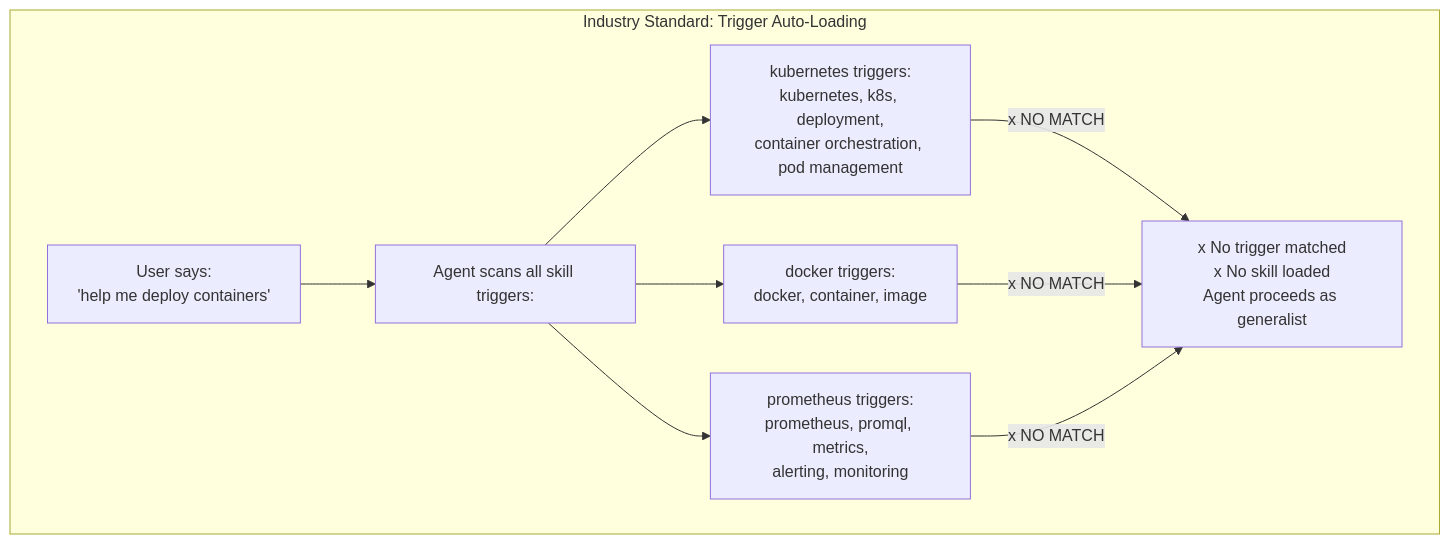
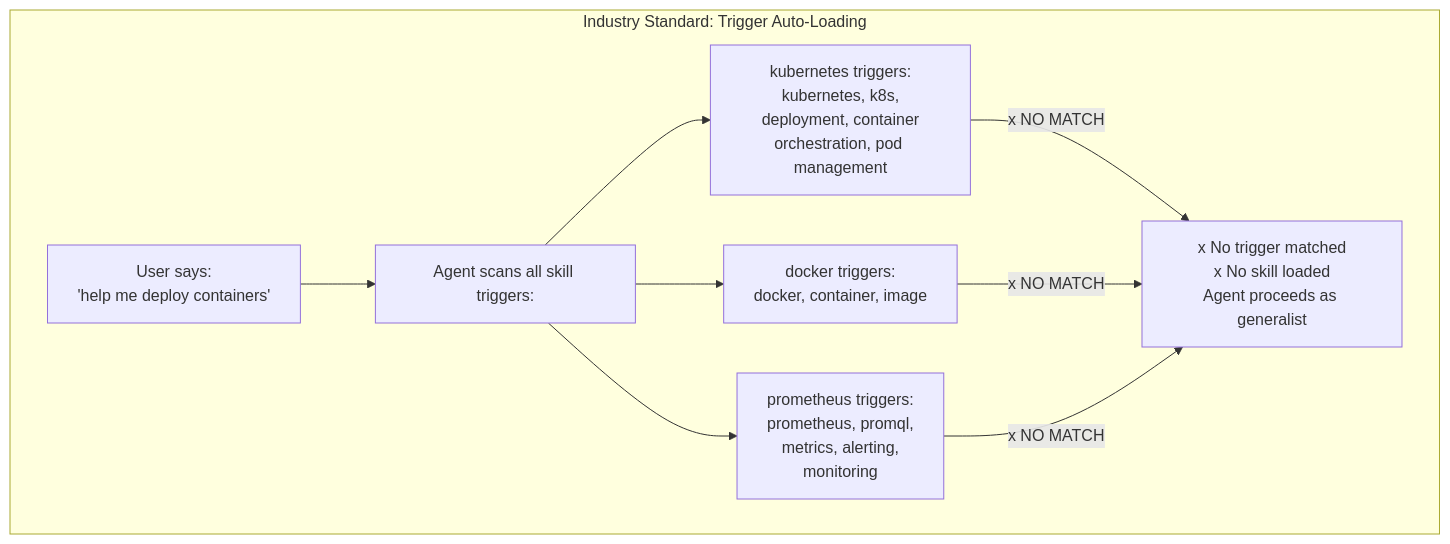
The first of 10 diagrams in docs/skill-evolution.md (paulpas/agent-skill-router), drawn with Mermaid before and after one commit. The commit also changed other lines of this file and 7 other files, not shown here.

````diff
--- a/docs/skill-evolution.md
+++ b/docs/skill-evolution.md
@@ -95,20 +95,20 @@
 ```mermaid
 flowchart TD
     subgraph "Industry Standard: Trigger Auto-Loading"
         A["User says:<br/>'help me deploy containers'"]
         B["Agent scans all skill triggers:"]
         A --> B
-        
-        C["kubernetes triggers:<br/>kubernetes, k8s, deployment,<br/>container orchestration, pod management"]
+
+        C["kubernetes triggers:<br/>kubernetes, k8s,<br/>deployment, container<br/>orchestration, pod management"]
         D["docker triggers:<br/>docker, container, image"]
-        E["prometheus triggers:<br/>prometheus, promql, metrics,<br/>alerting, monitoring"]
+        E["prometheus triggers:<br/>prometheus, promql,<br/>metrics, alerting,<br/>monitoring"]
         B --> C
         B --> D
         B --> E
-        
+
         F["x No trigger matched<br/>x No skill loaded<br/>Agent proceeds as generalist"]
         C -->|"x NO MATCH"| F
         D -->|"x NO MATCH"| F
         E -->|"x NO MATCH"| F
     end
 ```
````
